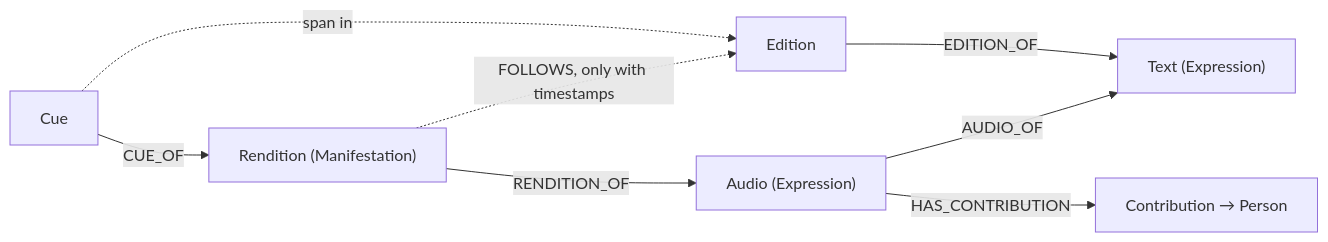
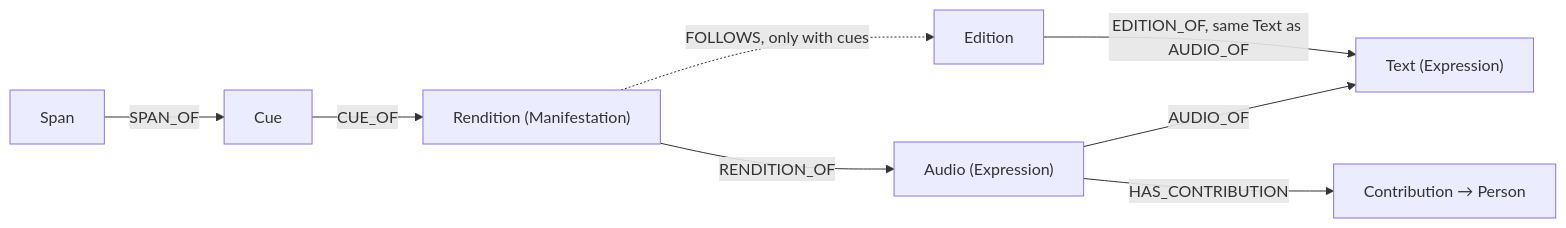
Before and after one commit to WeBuddhist/Webuddhist-library: the diagram in docs/proposals/audio-as-expression.md, drawn with Mermaid. The commit also changed other lines of this file and 4 other files, not shown here.

First line of the commit message:
docs: audio proposal rev 2 (existing cues, same-text rule)

````diff
--- a/docs/proposals/audio-as-expression.md
+++ b/docs/proposals/audio-as-expression.md
@@ -30,10 +36,10 @@
 ```mermaid
 graph LR
   Audio["Audio (Expression)"] -->|AUDIO_OF| Text["Text (Expression)"]
   Audio -->|HAS_CONTRIBUTION| Artist["Contribution → Person"]
   Rendition["Rendition (Manifestation)"] -->|RENDITION_OF| Audio
-  Rendition -.->|FOLLOWS, only with timestamps| Edition
+  Rendition -.->|FOLLOWS, only with cues| Edition
   Cue -->|CUE_OF| Rendition
-  Cue -.->|span in| Edition
-  Edition -->|EDITION_OF| Text
+  Span -->|SPAN_OF| Cue
+  Edition -->|EDITION_OF, same Text as AUDIO_OF| Text
 ```
````
